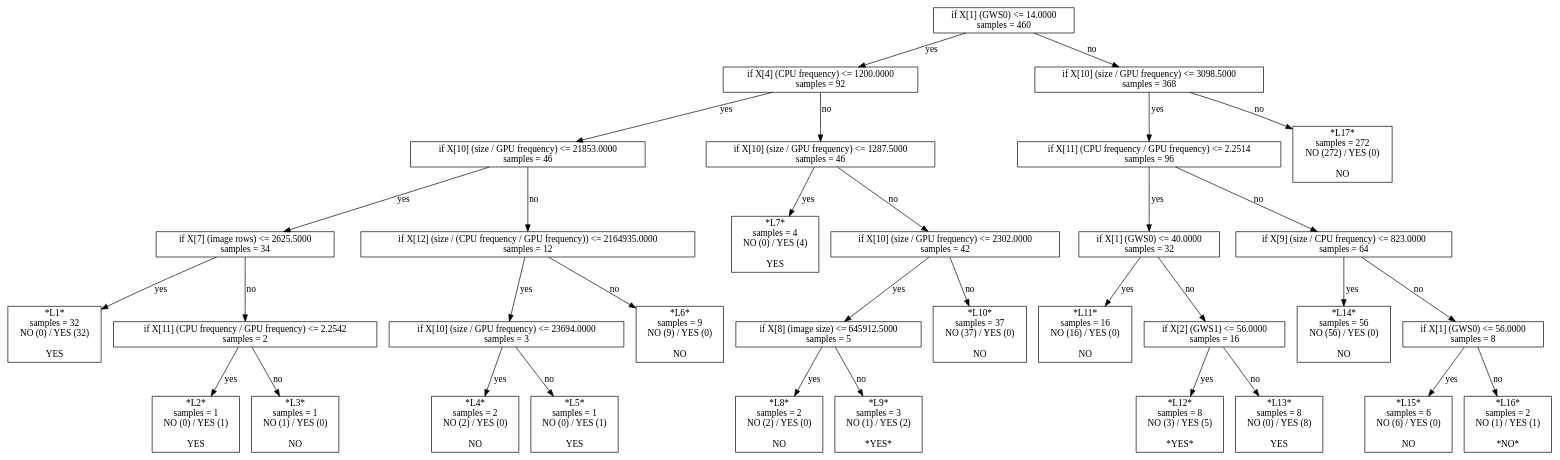
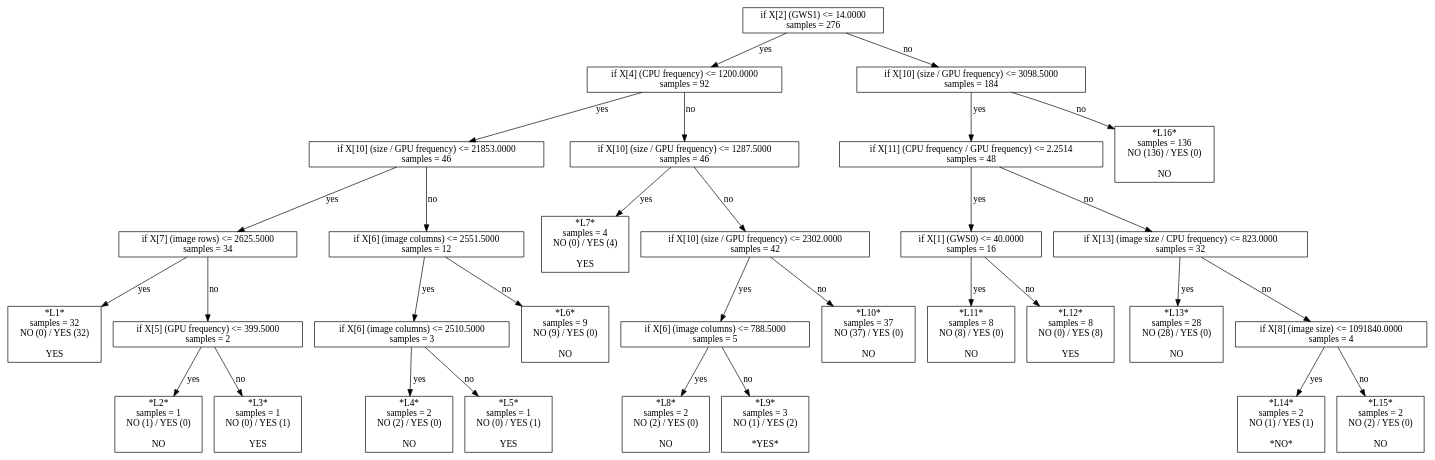
One commit to ctuning/reproduce-ck-paper-large-experiments changed the diagram in script/reproduce-hog-modeling/t628-third-set-of-features-depth5/model-sklearn-dtc.model.dot. Above: the diagram before and after it, drawn with Graphviz. The commit also changed 924 other files, not shown here.

Commit message:
new experiments, graphs and predictive models for run-time adaptation; predictive scheduling and active learning

```diff
--- a/script/reproduce-hog-modeling/t628-third-set-of-features-depth5/model-sklearn-dtc.model.dot
+++ b/script/reproduce-hog-modeling/t628-third-set-of-features-depth5/model-sklearn-dtc.model.dot
@@ -1,67 +1,63 @@
 digraph Tree {
-0 [label="if X[1] (GWS0) <= 14.0000\nsamples = 460", shape="box"] ;
+0 [label="if X[2] (GWS1) <= 14.0000\nsamples = 276", shape="box"] ;
 1 [label="if X[4] (CPU frequency) <= 1200.0000\nsamples = 92", shape="box"] ;
 0 -> 1 [label="yes"];
 2 [label="if X[10] (size / GPU frequency) <= 21853.0000\nsamples = 46", shape="box"] ;
 1 -> 2 [label="yes"];
 3 [label="if X[7] (image rows) <= 2625.5000\nsamples = 34", shape="box"] ;
 2 -> 3 [label="yes"];
 4 [label="*L1*\nsamples = 32\nNO (0) / YES (32)\n\nYES", shape="box"] ;
 3 -> 4 [label="yes"];
-5 [label="if X[11] (CPU frequency / GPU frequency) <= 2.2542\nsamples = 2", shape="box"] ;
+5 [label="if X[5] (GPU frequency) <= 399.5000\nsamples = 2", shape="box"] ;
 3 -> 5 [label="no"];
-6 [label="*L2*\nsamples = 1\nNO (0) / YES (1)\n\nYES", shape="box"] ;
+6 [label="*L2*\nsamples = 1\nNO (1) / YES (0)\n\nNO", shape="box"] ;
 5 -> 6 [label="yes"];
-7 [label="*L3*\nsamples = 1\nNO (1) / YES (0)\n\nNO", shape="box"] ;
+7 [label="*L3*\nsamples = 1\nNO (0) / YES (1)\n\nYES", shape="box"] ;
 5 -> 7 [label="no"];
-8 [label="if X[12] (size / (CPU frequency / GPU frequency)) <= 2164935.0000\nsamples = 12", shape="box"] ;
+8 [label="if X[6] (image columns) <= 2551.5000\nsamples = 12", shape="box"] ;
 2 -> 8 [label="no"];
-9 [label="if X[10] (size / GPU frequency) <= 23694.0000\nsamples = 3", shape="box"] ;
+9 [label="if X[6] (image columns) <= 2510.5000\nsamples = 3", shape="box"] ;
 8 -> 9 [label="yes"];
 10 [label="*L4*\nsamples = 2\nNO (2) / YES (0)\n\nNO", shape="box"] ;
 9 -> 10 [label="yes"];
 11 [label="*L5*\nsamples = 1\nNO (0) / YES (1)\n\nYES", shape="box"] ;
 9 -> 11 [label="no"];
 12 [label="*L6*\nsamples = 9\nNO (9) / YES (0)\n\nNO", shape="box"] ;
 8 -> 12 [label="no"];
 13 [label="if X[10] (size / GPU frequency) <= 1287.5000\nsamples = 46", shape="box"] ;
 1 -> 13 [label="no"];
 14 [label="*L7*\nsamples = 4\nNO (0) / YES (4)\n\nYES", shape="box"] ;
 13 -> 14 [label="yes"];
 15 [label="if X[10] (size / GPU frequency) <= 2302.0000\nsamples = 42", shape="box"] ;
 13 -> 15 [label="no"];
-16 [label="if X[8] (image size) <= 645912.5000\nsamples = 5", shape="box"] ;
+16 [label="if X[6] (image columns) <= 788.5000\nsamples = 5", shape="box"] ;
 15 -> 16 [label="yes"];
 17 [label="*L8*\nsamples = 2\nNO (2) / YES (0)\n\nNO", shape="box"] ;
 16 -> 17 [label="yes"];
 18 [label="*L9*\nsamples = 3\nNO (1) / YES (2)\n\n*YES*", shape="box"] ;
 16 -> 18 [label="no"];
 19 [label="*L10*\nsamples = 37\nNO (37) / YES (0)\n\nNO", shape="box"] ;
 15 -> 19 [label="no"];
-20 [label="if X[10] (size / GPU frequency) <= 3098.5000\nsamples = 368", shape="box"] ;
+20 [label="if X[10] (size / GPU frequency) <= 3098.5000\nsamples = 184", shape="box"] ;
 0 -> 20 [label="no"];
-21 [label="if X[11] (CPU frequency / GPU frequency) <= 2.2514\nsamples = 96", shape="box"] ;
+21 [label="if X[11] (CPU frequency / GPU frequency) <= 2.2514\nsamples = 48", shape="box"] ;
 20 -> 21 [label="yes"];
-22 [label="if X[1] (GWS0) <= 40.0000\nsamples = 32", shape="box"] ;
+22 [label="if X[1] (GWS0) <= 40.0000\nsamples = 16", shape="box"] ;
 21 -> 22 [label="yes"];
-23 [label="*L11*\nsamples = 16\nNO (16) / YES (0)\n\nNO", shape="box"] ;
+23 [label="*L11*\nsamples = 8\nNO (8) / YES (0)\n\nNO", shape="box"] ;
 22 -> 23 [label="yes"];
-24 [label="if X[2] (GWS1) <= 56.0000\nsamples = 16", shape="box"] ;
+24 [label="*L12*\nsamples = 8\nNO (0) / YES (8)\n\nYES", shape="box"] ;
 22 -> 24 [label="no"];
-25 [label="*L12*\nsamples = 8\nNO (3) / YES (5)\n\n*YES*", shape="box"] ;
-24 -> 25 [label="yes"];
-26 [label="*L13*\nsamples = 8\nNO (0) / YES (8)\n\nYES", shape="box"] ;
-24 -> 26 [label="no"];
-27 [label="if X[9] (size / CPU frequency) <= 823.0000\nsamples = 64", shape="box"] ;
-21 -> 27 [label="no"];
-28 [label="*L14*\nsamples = 56\nNO (56) / YES (0)\n\nNO", shape="box"] ;
+25 [label="if X[13] (image size / CPU frequency) <= 823.0000\nsamples = 32", shape="box"] ;
+21 -> 25 [label="no"];
+26 [label="*L13*\nsamples = 28\nNO (28) / YES (0)\n\nNO", shape="box"] ;
+25 -> 26 [label="yes"];
+27 [label="if X[8] (image size) <= 1091840.0000\nsamples = 4", shape="box"] ;
+25 -> 27 [label="no"];
+28 [label="*L14*\nsamples = 2\nNO (1) / YES (1)\n\n*NO*", shape="box"] ;
 27 -> 28 [label="yes"];
-29 [label="if X[1] (GWS0) <= 56.0000\nsamples = 8", shape="box"] ;
+29 [label="*L15*\nsamples = 2\nNO (2) / YES (0)\n\nNO", shape="box"] ;
 27 -> 29 [label="no"];
-30 [label="*L15*\nsamples = 6\nNO (6) / YES (0)\n\nNO", shape="box"] ;
-29 -> 30 [label="yes"];
-31 [label="*L16*\nsamples = 2\nNO (1) / YES (1)\n\n*NO*", shape="box"] ;
-29 -> 31 [label="no"];
-32 [label="*L17*\nsamples = 272\nNO (272) / YES (0)\n\nNO", shape="box"] ;
-20 -> 32 [label="no"];
+30 [label="*L16*\nsamples = 136\nNO (136) / YES (0)\n\nNO", shape="box"] ;
+20 -> 30 [label="no"];
 }
```
